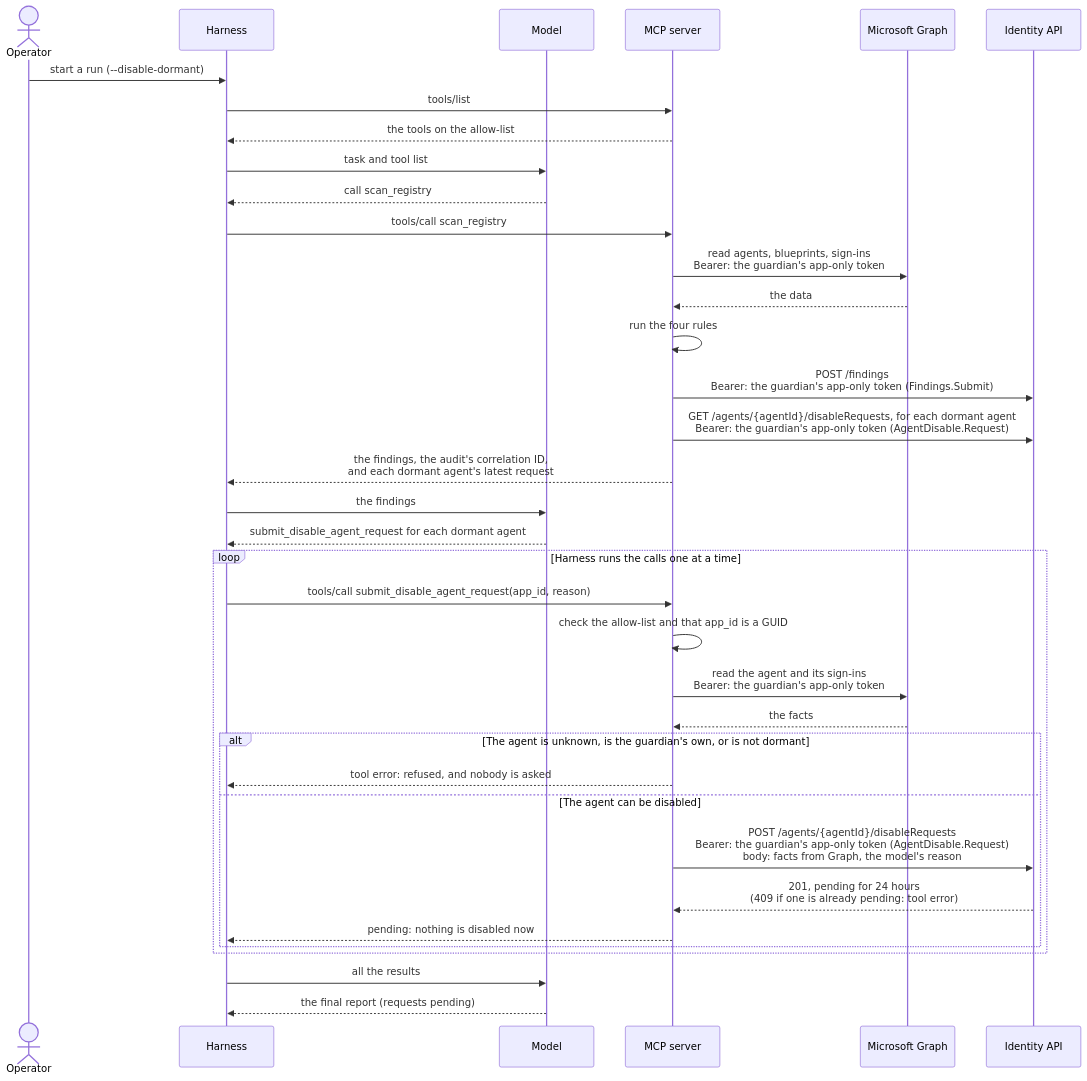
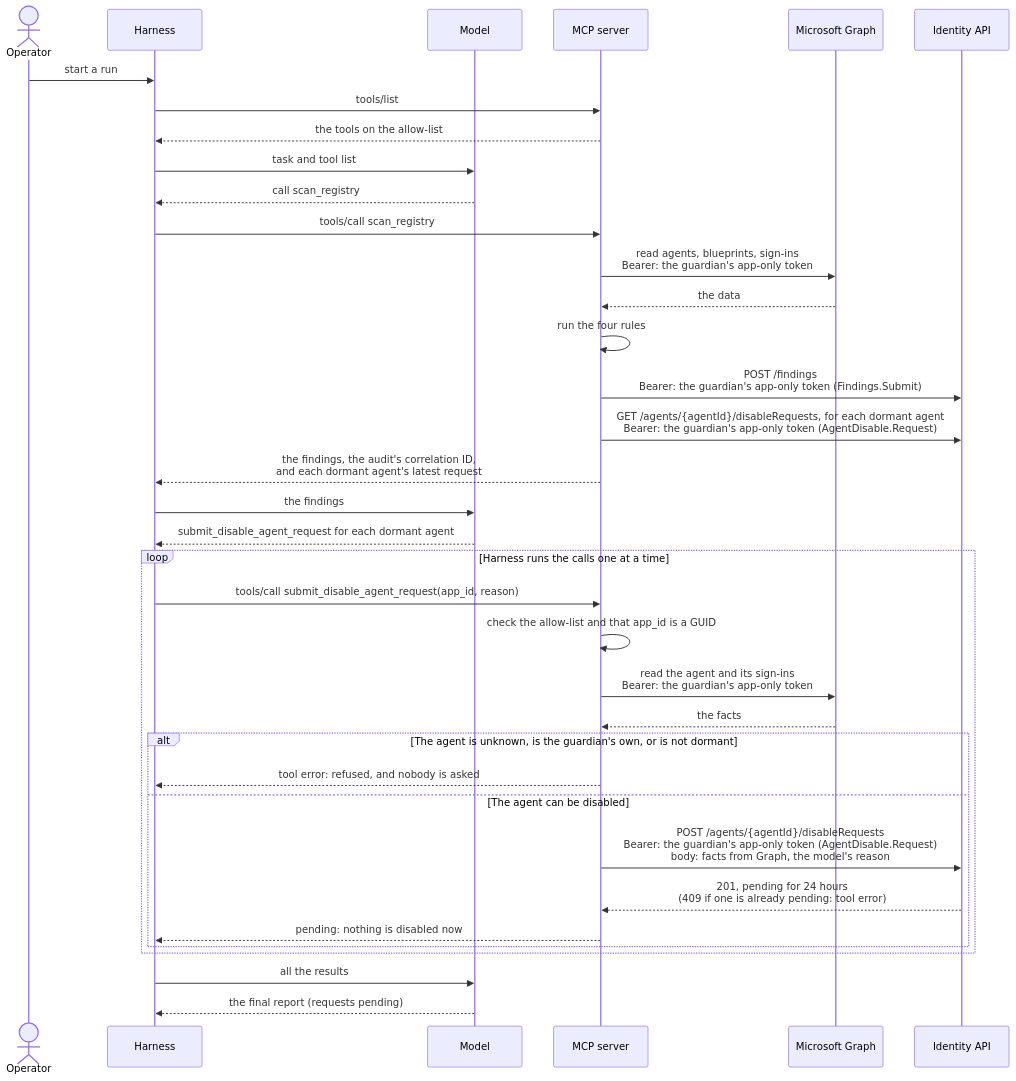
The second of 4 diagrams in docs/agent-steward-architecture.md (alireza-mpr/agent-steward), drawn with Mermaid before and after one commit. The commit also changed other lines of this file and 14 other files, not shown here.

````diff
--- a/docs/agent-steward-architecture.md
+++ b/docs/agent-steward-architecture.md
@@ -137,40 +137,40 @@
 ```mermaid
 sequenceDiagram
     actor O as Operator
     participant H as Harness
     participant L as Model
     participant M as MCP server
     participant G as Microsoft Graph
     participant A as Identity API
 
-    O->>H: start a run (--disable-dormant)
+    O->>H: start a run
     H->>M: tools/list
     M-->>H: the tools on the allow-list
     H->>L: task and tool list
     L-->>H: call scan_registry
     H->>M: tools/call scan_registry
     M->>G: read agents, blueprints, sign-ins<br/>Bearer: the guardian's app-only token
     G-->>M: the data
     M->>M: run the four rules
     M->>A: POST /findings<br/>Bearer: the guardian's app-only token (Findings.Submit)
     M->>A: GET /agents/{agentId}/disableRequests, for each dormant agent<br/>Bearer: the guardian's app-only token (AgentDisable.Request)
     M-->>H: the findings, the audit's correlation ID,<br/>and each dormant agent's latest request
     H->>L: the findings
 
     L-->>H: submit_disable_agent_request for each dormant agent
     loop Harness runs the calls one at a time
         H->>M: tools/call submit_disable_agent_request(app_id, reason)
         M->>M: check the allow-list and that app_id is a GUID
         M->>G: read the agent and its sign-ins<br/>Bearer: the guardian's app-only token
         G-->>M: the facts
         alt The agent is unknown, is the guardian's own, or is not dormant
             M-->>H: tool error: refused, and nobody is asked
         else The agent can be disabled
             M->>A: POST /agents/{agentId}/disableRequests<br/>Bearer: the guardian's app-only token (AgentDisable.Request)<br/>body: facts from Graph, the model's reason
             A-->>M: 201, pending for 24 hours<br/>(409 if one is already pending: tool error)
             M-->>H: pending: nothing is disabled now
         end
     end
     H->>L: all the results
     L-->>H: the final report (requests pending)
 ```
````
